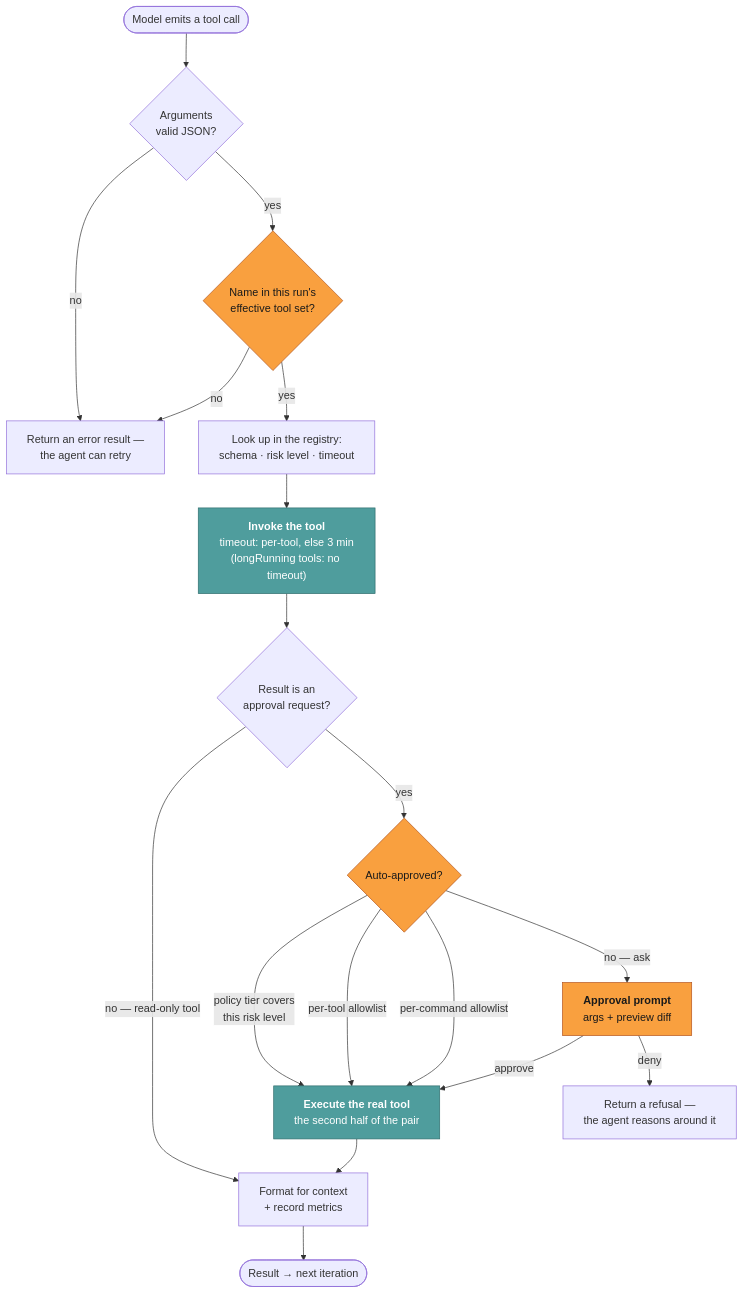
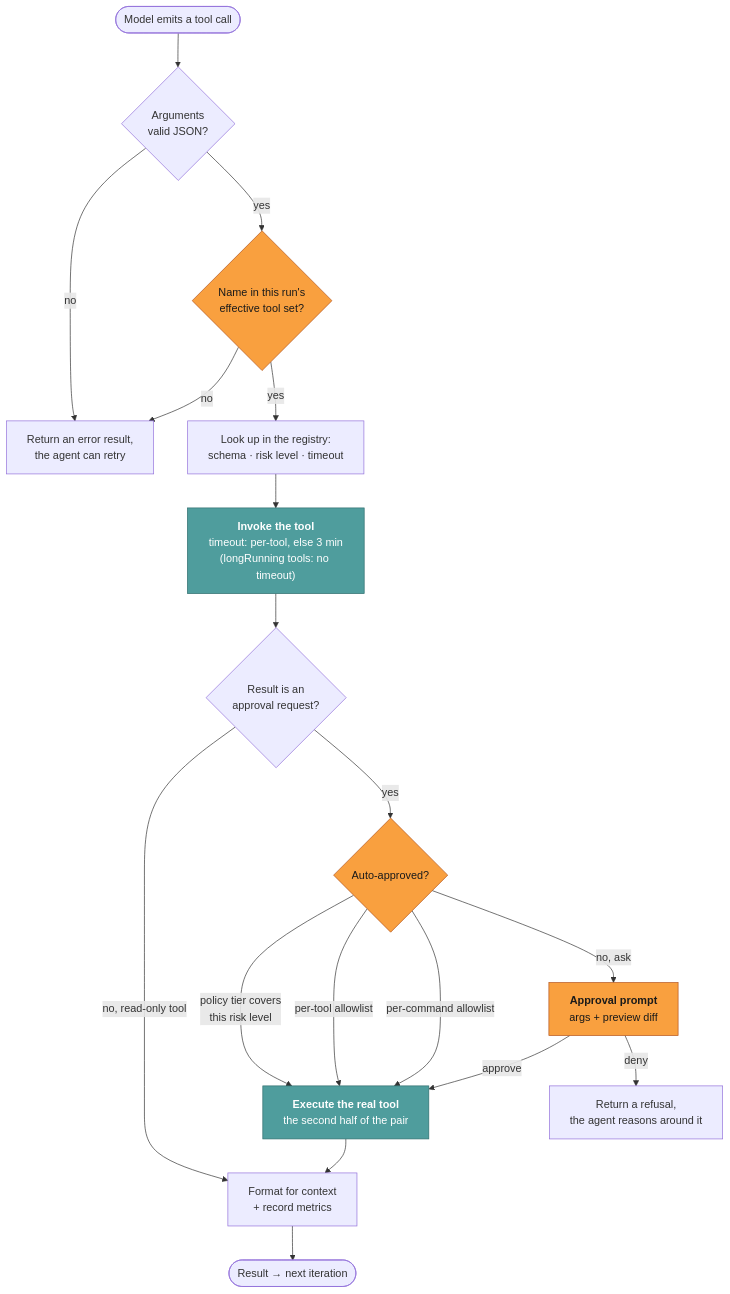
Before and after one commit to lvndry/jazz: the first of 4 diagrams in docs/maintainers/tool-lifecycle.md, drawn with Mermaid. The commit also changed other lines of this file and 28 other files, not shown here.

````diff
--- a/docs/maintainers/tool-lifecycle.md
+++ b/docs/maintainers/tool-lifecycle.md
@@ -32,31 +32,31 @@
 ```mermaid
 flowchart TD
     IN(["Model emits a tool call"]) --> PARSE{"Arguments<br/>valid JSON?"}
-    PARSE -->|no| ERR["Return an error result —<br/>the agent can retry"]
+    PARSE -->|no| ERR["Return an error result,<br/>the agent can retry"]
     PARSE -->|yes| SET{"Name in this run's<br/>effective tool set?"}
     SET -->|no| ERR
     SET -->|yes| LOOKUP["Look up in the registry:<br/>schema · risk level · timeout"]
 
     LOOKUP --> RUN["<b>Invoke the tool</b><br/>timeout: per-tool, else 3 min<br/>(longRunning tools: no timeout)"]
 
     RUN --> GATED{"Result is an<br/>approval request?"}
-    GATED -->|"no — read-only tool"| RESULT
+    GATED -->|"no, read-only tool"| RESULT
     GATED -->|yes| POLICY{"Auto-approved?"}
 
     POLICY -->|"policy tier covers<br/>this risk level"| EXEC
     POLICY -->|"per-tool allowlist"| EXEC
     POLICY -->|"per-command allowlist"| EXEC
-    POLICY -->|"no — ask"| PROMPT["<b>Approval prompt</b><br/>args + preview diff"]
+    POLICY -->|"no, ask"| PROMPT["<b>Approval prompt</b><br/>args + preview diff"]
 
     PROMPT -->|approve| EXEC
-    PROMPT -->|deny| DENIED["Return a refusal —<br/>the agent reasons around it"]
+    PROMPT -->|deny| DENIED["Return a refusal,<br/>the agent reasons around it"]
 
     EXEC["<b>Execute the real tool</b><br/>the second half of the pair"]
     EXEC --> RESULT["Format for context<br/>+ record metrics"]
     RESULT --> OUT(["Result → next iteration"])
 
     classDef gate fill:#f9a03f,stroke:#b3541e,color:#1a1a1a
     classDef act fill:#4f9d9d,stroke:#2f6d6d,color:#ffffff
     class SET,POLICY,PROMPT gate
     class RUN,EXEC act
 ```
````
